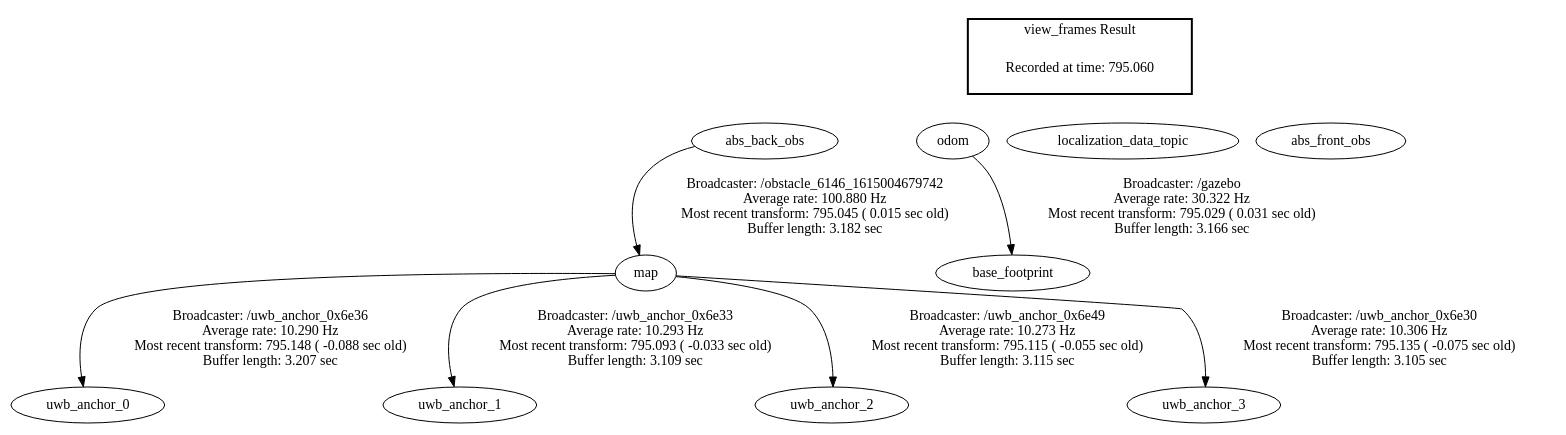
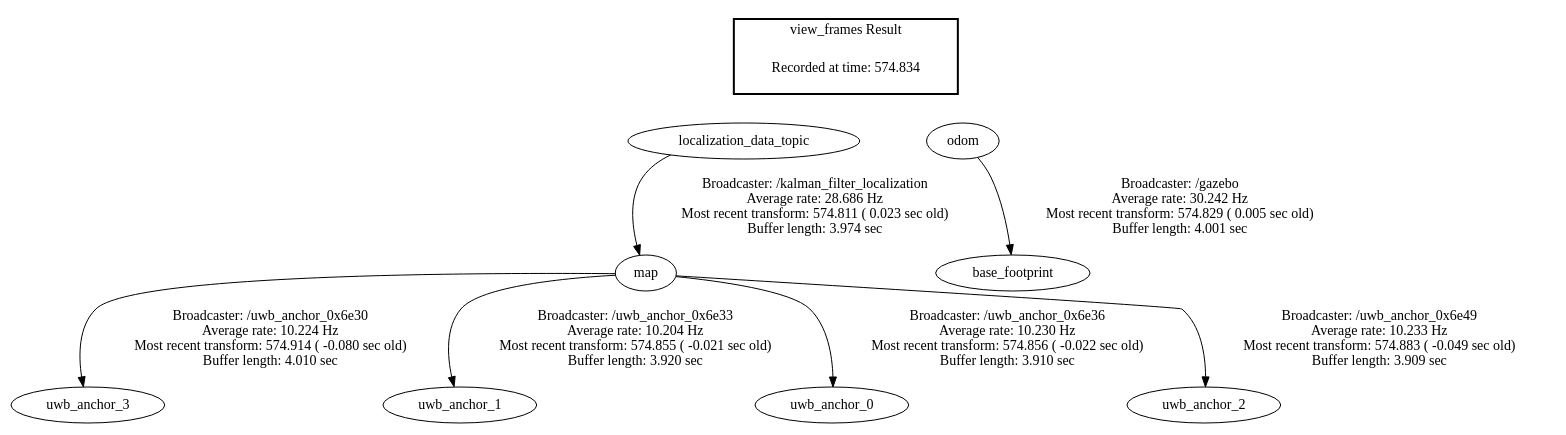
One commit to HimanshuDubara/nav_sys changed the diagram in frames.gv. Above: the diagram before and after it, drawn with Graphviz. The commit also changed 3 other files, not shown here.

```diff
--- a/frames.gv
+++ b/frames.gv
@@ -1,24 +1,16 @@
 digraph G {
-"map" -> "uwb_anchor_0"[label="Broadcaster: /uwb_anchor_0x6e36\nAverage rate: 10.290 Hz\nMost recent transform: 795.148 ( -0.088 sec old)\nBuffer length: 3.207 sec\n"];
-"abs_back_obs" -> "map"[label="Broadcaster: /obstacle_6146_1615004679742\nAverage rate: 100.880 Hz\nMost recent transform: 795.045 ( 0.015 sec old)\nBuffer length: 3.182 sec\n"];
-"odom" -> "base_footprint"[label="Broadcaster: /gazebo\nAverage rate: 30.322 Hz\nMost recent transform: 795.029 ( 0.031 sec old)\nBuffer length: 3.166 sec\n"];
-"map" -> "uwb_anchor_1"[label="Broadcaster: /uwb_anchor_0x6e33\nAverage rate: 10.293 Hz\nMost recent transform: 795.093 ( -0.033 sec old)\nBuffer length: 3.109 sec\n"];
-"map" -> "uwb_anchor_2"[label="Broadcaster: /uwb_anchor_0x6e49\nAverage rate: 10.273 Hz\nMost recent transform: 795.115 ( -0.055 sec old)\nBuffer length: 3.115 sec\n"];
-"map" -> "uwb_anchor_3"[label="Broadcaster: /uwb_anchor_0x6e30\nAverage rate: 10.306 Hz\nMost recent transform: 795.135 ( -0.075 sec old)\nBuffer length: 3.105 sec\n"];
+"map" -> "uwb_anchor_3"[label="Broadcaster: /uwb_anchor_0x6e30\nAverage rate: 10.224 Hz\nMost recent transform: 574.914 ( -0.080 sec old)\nBuffer length: 4.010 sec\n"];
+"localization_data_topic" -> "map"[label="Broadcaster: /kalman_filter_localization\nAverage rate: 28.686 Hz\nMost recent transform: 574.811 ( 0.023 sec old)\nBuffer length: 3.974 sec\n"];
+"odom" -> "base_footprint"[label="Broadcaster: /gazebo\nAverage rate: 30.242 Hz\nMost recent transform: 574.829 ( 0.005 sec old)\nBuffer length: 4.001 sec\n"];
+"map" -> "uwb_anchor_1"[label="Broadcaster: /uwb_anchor_0x6e33\nAverage rate: 10.204 Hz\nMost recent transform: 574.855 ( -0.021 sec old)\nBuffer length: 3.920 sec\n"];
+"map" -> "uwb_anchor_0"[label="Broadcaster: /uwb_anchor_0x6e36\nAverage rate: 10.230 Hz\nMost recent transform: 574.856 ( -0.022 sec old)\nBuffer length: 3.910 sec\n"];
+"map" -> "uwb_anchor_2"[label="Broadcaster: /uwb_anchor_0x6e49\nAverage rate: 10.233 Hz\nMost recent transform: 574.883 ( -0.049 sec old)\nBuffer length: 3.909 sec\n"];
 edge [style=invis];
  subgraph cluster_legend { style=bold; color=black; label ="view_frames Result";
-"Recorded at time: 795.060"[ shape=plaintext ] ;
+"Recorded at time: 574.834"[ shape=plaintext ] ;
  }->"odom";
 edge [style=invis];
  subgraph cluster_legend { style=bold; color=black; label ="view_frames Result";
-"Recorded at time: 795.060"[ shape=plaintext ] ;
+"Recorded at time: 574.834"[ shape=plaintext ] ;
  }->"localization_data_topic";
-edge [style=invis];
- subgraph cluster_legend { style=bold; color=black; label ="view_frames Result";
-"Recorded at time: 795.060"[ shape=plaintext ] ;
- }->"abs_back_obs";
-edge [style=invis];
- subgraph cluster_legend { style=bold; color=black; label ="view_frames Result";
-"Recorded at time: 795.060"[ shape=plaintext ] ;
- }->"abs_front_obs";
 }
```
